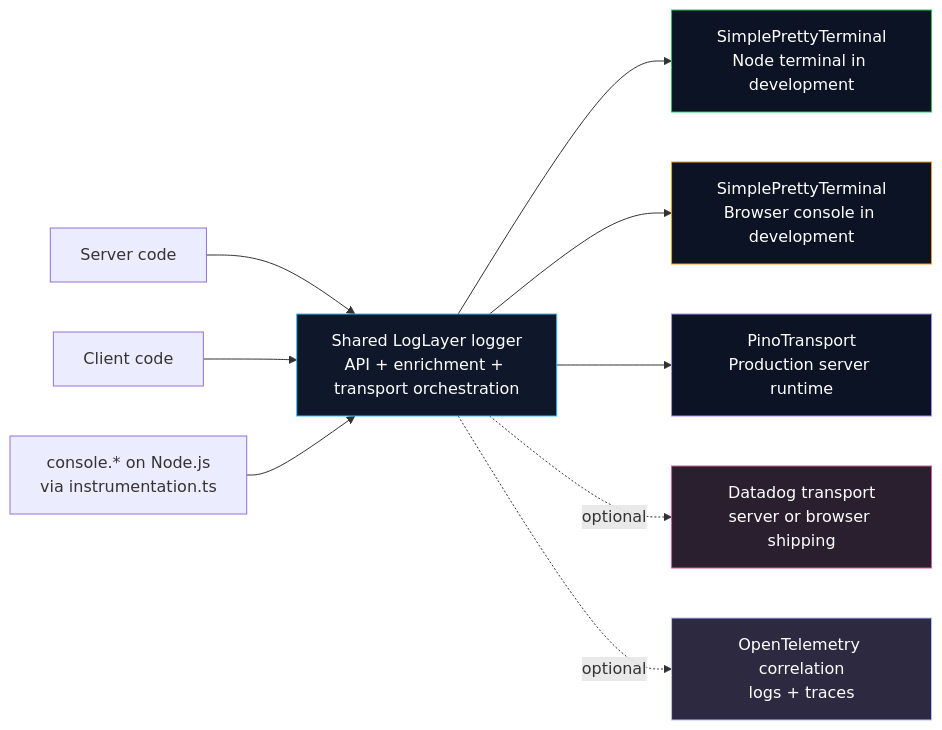
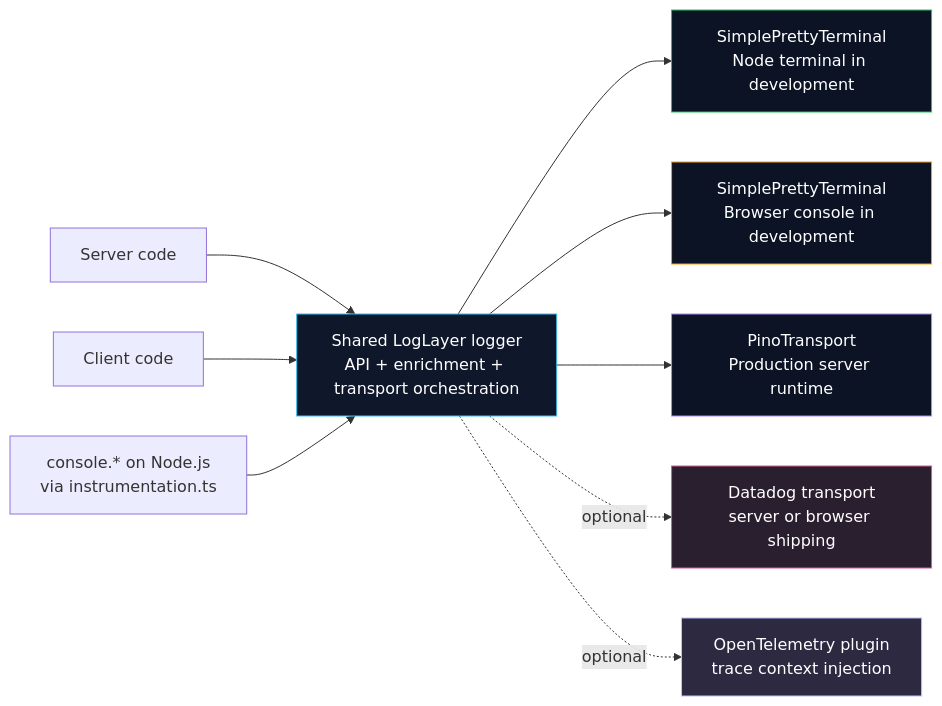
One commit to yurimutti/yurimutti.com changed the diagram in src/app/posts/logging-nextjs-loglayer-instrumentation-console-override-structured-logs/page.mdx. Above: the diagram before and after it, drawn with Mermaid. The commit also changed other lines of this file, not shown here.

````diff
--- a/src/app/posts/logging-nextjs-loglayer-instrumentation-console-override-structured-logs/page.mdx
+++ b/src/app/posts/logging-nextjs-loglayer-instrumentation-console-override-structured-logs/page.mdx
@@ -77,20 +77,20 @@
 ```mermaid
 flowchart LR
     A["Server code"] --> D["Shared LogLayer logger<br/>API + enrichment + transport orchestration"]
     B["Client code"] --> D
     C["console.* on Node.js<br/>via instrumentation.ts"] --> D
 
     D --> E["SimplePrettyTerminal<br/>Node terminal in development"]
     D --> F["SimplePrettyTerminal<br/>Browser console in development"]
     D --> G["PinoTransport<br/>Production server runtime"]
 
     D -. optional .-> H["Datadog transport<br/>server or browser shipping"]
-    D -. optional .-> I["OpenTelemetry correlation<br/>logs + traces"]
+    D -. optional .-> I["OpenTelemetry plugin<br/>trace context injection"]
 
     style D fill:#0f172a,stroke:#38bdf8,color:#fff
     style E fill:#0b1324,stroke:#22c55e,color:#fff
     style F fill:#0b1324,stroke:#f59e0b,color:#fff
     style G fill:#0b1324,stroke:#a78bfa,color:#fff
     style H fill:#2A1F2F,stroke:#D65C99,color:#fff
     style I fill:#2C2940,stroke:#B8C0FF,color:#fff
 ```
````
